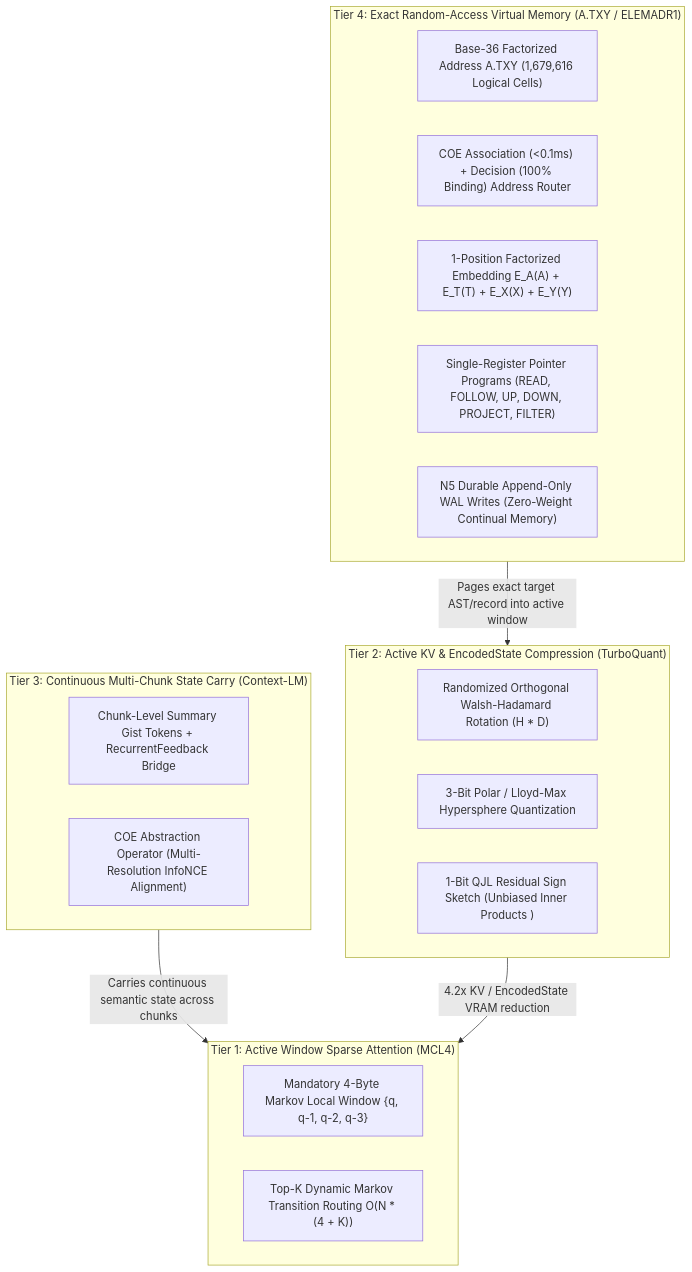
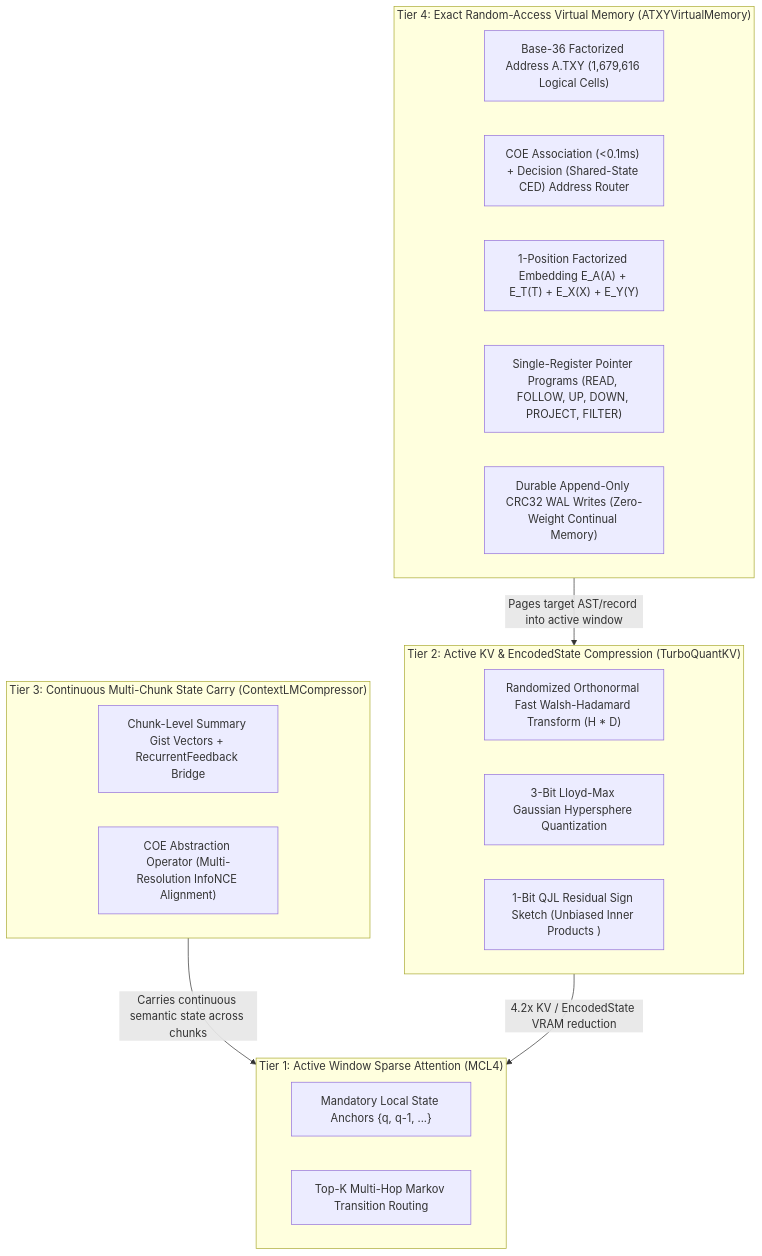
One commit to mESmaC/mcl4-coe-ncm changed the diagram in docs/CONTEXT_HIERARCHY_AND_PUBLICATION_ROADMAP.md. Above: the diagram before and after it, drawn with Mermaid. The commit also changed other lines of this file and 8 other files, not shown here.

Commit message:
Clean up technical documentation and remove internal handoff/roadmap framing

````diff
--- a/docs/CONTEXT_HIERARCHY_AND_PUBLICATION_ROADMAP.md
+++ b/docs/CONTEXT_HIERARCHY_AND_PUBLICATION_ROADMAP.md
@@ -30,30 +22,30 @@
 ```mermaid
 flowchart TD
     subgraph L1["Tier 1: Active Window Sparse Attention (MCL4)"]
-        M1["Mandatory 4-Byte Markov Local Window {q, q-1, q-2, q-3}"]
-        M2["Top-K Dynamic Markov Transition Routing O(N * (4 + K))"]
+        M1["Mandatory Local State Anchors {q, q-1, ...}"]
+        M2["Top-K Multi-Hop Markov Transition Routing"]
     end
 
-    subgraph L2["Tier 2: Active KV & EncodedState Compression (TurboQuant)"]
-        T1["Randomized Orthogonal Walsh-Hadamard Rotation (H * D)"]
-        T2["3-Bit Polar / Lloyd-Max Hypersphere Quantization"]
+    subgraph L2["Tier 2: Active KV & EncodedState Compression (TurboQuantKV)"]
+        T1["Randomized Orthonormal Fast Walsh-Hadamard Transform (H * D)"]
+        T2["3-Bit Lloyd-Max Gaussian Hypersphere Quantization"]
         T3["1-Bit QJL Residual Sign Sketch (Unbiased Inner Products <q, k>)"]
     end
 
-    subgraph L3["Tier 3: Continuous Multi-Chunk State Carry (Context-LM)"]
-        C1["Chunk-Level Summary Gist Tokens + RecurrentFeedback Bridge"]
+    subgraph L3["Tier 3: Continuous Multi-Chunk State Carry (ContextLMCompressor)"]
+        C1["Chunk-Level Summary Gist Vectors + RecurrentFeedback Bridge"]
         C2["COE Abstraction Operator (Multi-Resolution InfoNCE Alignment)"]
     end
 
-    subgraph L4["Tier 4: Exact Random-Access Virtual Memory (A.TXY / ELEMADR1)"]
+    subgraph L4["Tier 4: Exact Random-Access Virtual Memory (ATXYVirtualMemory)"]
         A1["Base-36 Factorized Address A.TXY (1,679,616 Logical Cells)"]
-        A2["COE Association (<0.1ms) + Decision (100% Binding) Address Router"]
+        A2["COE Association (<0.1ms) + Decision (Shared-State CED) Address Router"]
         A3["1-Position Factorized Embedding E_A(A) + E_T(T) + E_X(X) + E_Y(Y)"]
         A4["Single-Register Pointer Programs (READ, FOLLOW, UP, DOWN, PROJECT, FILTER)"]
-        A5["N5 Durable Append-Only WAL Writes (Zero-Weight Continual Memory)"]
+        A5["Durable Append-Only CRC32 WAL Writes (Zero-Weight Continual Memory)"]
     end
 
-    L4 -->|"Pages exact target AST/record into active window"| L2
+    L4 -->|"Pages target AST/record into active window"| L2
     L3 -->|"Carries continuous semantic state across chunks"| L1
     L2 -->|"4.2x KV / EncodedState VRAM reduction"| L1
 ```
````
